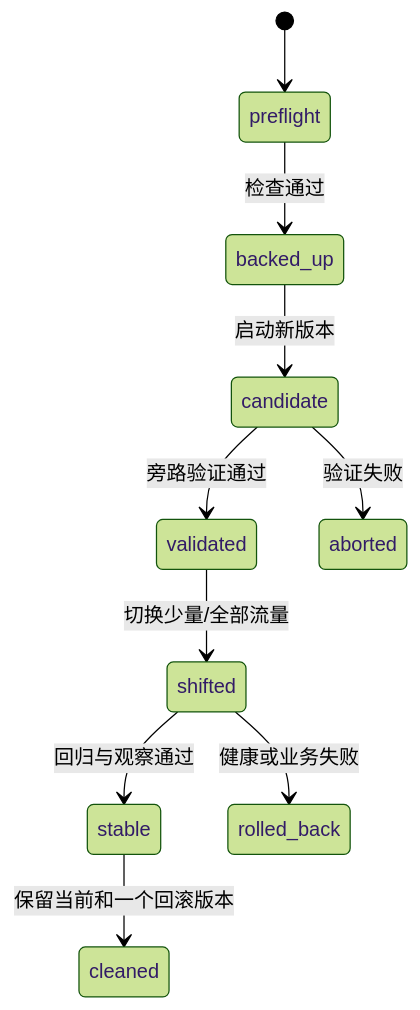
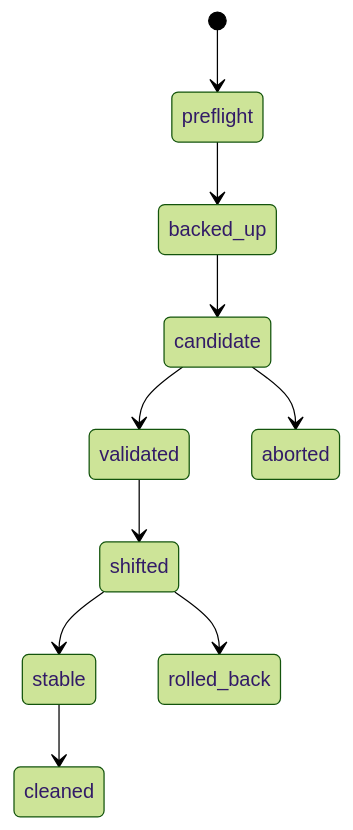
Before and after one commit to upJiang/jiang-blog-vitepress: the diagram in docs/devops/candidate-migration-rollback-recovery.md, drawn with Mermaid (forest theme). The commit also changed other lines of this file and 190 other files, not shown here.

````diff
--- a/docs/devops/candidate-migration-rollback-recovery.md
+++ b/docs/devops/candidate-migration-rollback-recovery.md
@@ -33,12 +31,12 @@
 ```mermaid
 stateDiagram-v2
   [*] --> preflight
-  preflight --> backed_up: 检查通过
-  backed_up --> candidate: 启动新版本
-  candidate --> validated: 旁路验证通过
-  candidate --> aborted: 验证失败
-  validated --> shifted: 切换少量/全部流量
-  shifted --> stable: 回归与观察通过
-  shifted --> rolled_back: 健康或业务失败
-  stable --> cleaned: 保留当前和一个回滚版本
+  preflight --> backed_up
+  backed_up --> candidate
+  candidate --> validated
+  candidate --> aborted
+  validated --> shifted
+  shifted --> stable
+  shifted --> rolled_back
+  stable --> cleaned
 ```
````
